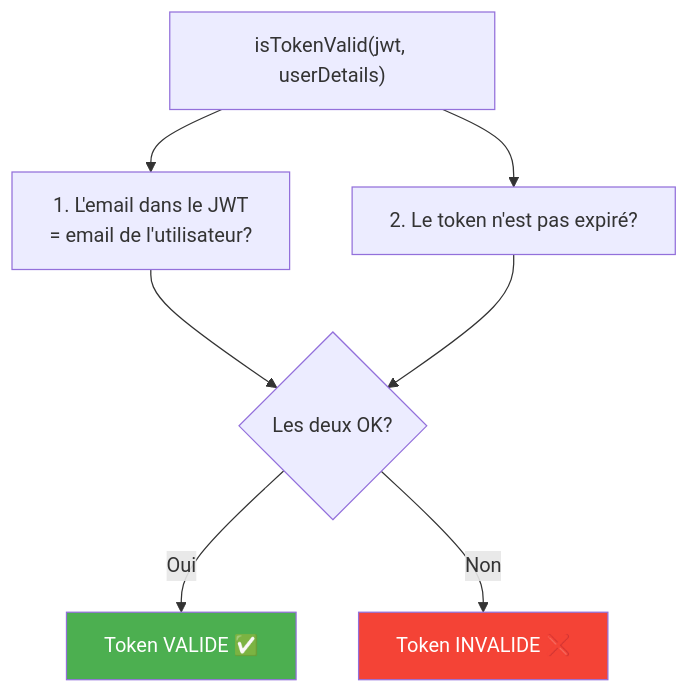
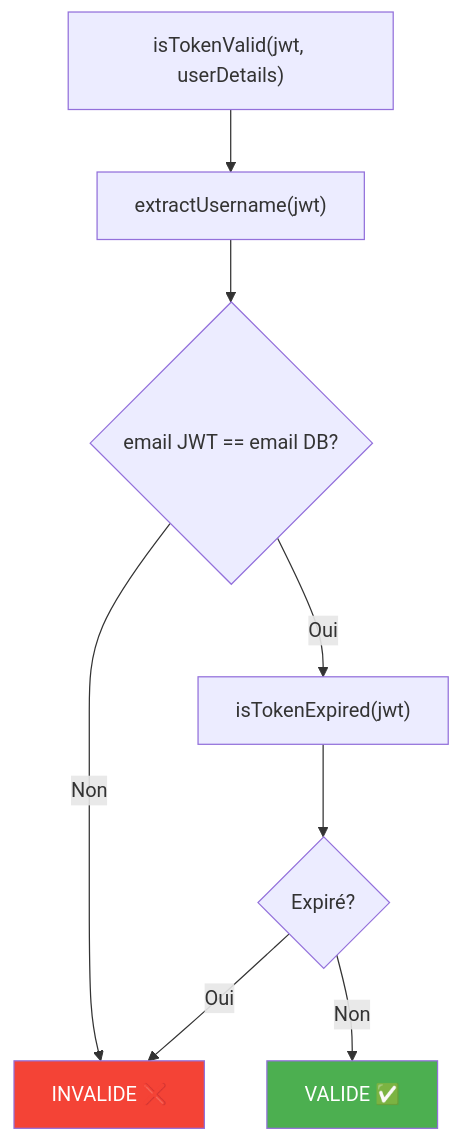
One commit to hrhouma1/inskillflow-docs-formation-spring-boot-projet-e-contact-backend changed diagram 13 of 20 in cours/25-exercice-jwtauthfilter.md. Above: the diagram before and after it, drawn with Mermaid. The commit also changed other lines of this file, not shown here.

````diff
--- a/cours/25-exercice-jwtauthfilter.md
+++ b/cours/25-exercice-jwtauthfilter.md
@@ -458,14 +875,14 @@
 ```mermaid
 graph TB
     A["isTokenValid(jwt, userDetails)"]
-    A --> B["1. L'email dans le JWT<br/>= email de l'utilisateur?"]
-    A --> C["2. Le token n'est pas expiré?"]
+    A --> B["extractUsername(jwt)"]
+    B --> C{"email JWT == email DB?"}
+    C -->|Non| D["INVALIDE ❌"]
+    C -->|Oui| E["isTokenExpired(jwt)"]
+    E --> F{"Expiré?"}
+    F -->|Oui| D
+    F -->|Non| G["VALIDE ✅"]
     
-    B --> D{"Les deux OK?"}
-    C --> D
-    D -->|Oui| E["Token VALIDE ✅"]
-    D -->|Non| F["Token INVALIDE ❌"]
-    
-    style E fill:#4CAF50,color:#fff
-    style F fill:#f44336,color:#fff
+    style D fill:#f44336,color:#fff
+    style G fill:#4CAF50,color:#fff
 ```
````
